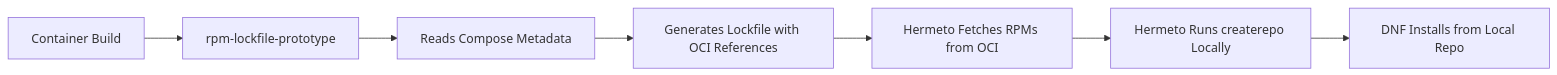
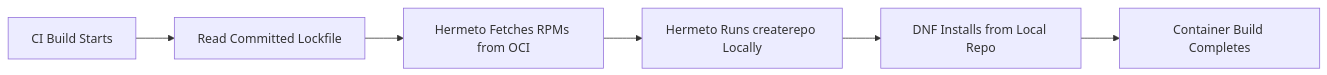
The third of 4 diagrams in architecture.md (brianwcook/konflux-primitives-workflow), drawn with Mermaid before and after one commit. The commit also changed other lines of this file, not shown here.

````diff
--- a/architecture.md
+++ b/architecture.md
@@ -93,9 +111,8 @@
 ```mermaid
 graph LR
-    A[Container Build] --> B[rpm-lockfile-prototype]
-    B --> C[Reads Compose Metadata]
-    C --> D[Generates Lockfile with OCI References]
-    D --> E[Hermeto Fetches RPMs from OCI]
-    E --> F[Hermeto Runs createrepo Locally]
-    F --> G[DNF Installs from Local Repo]
+    A[CI Build Starts] --> B[Read Committed Lockfile]
+    B --> C[Hermeto Fetches RPMs from OCI]
+    C --> D[Hermeto Runs createrepo Locally]
+    D --> E[DNF Installs from Local Repo]
+    E --> F[Container Build Completes]
 ```
````
